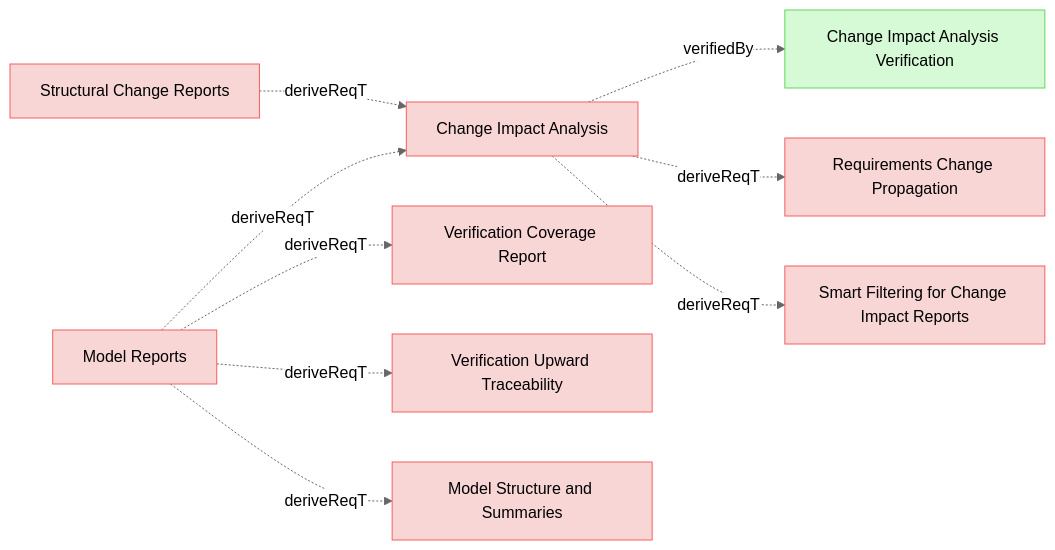
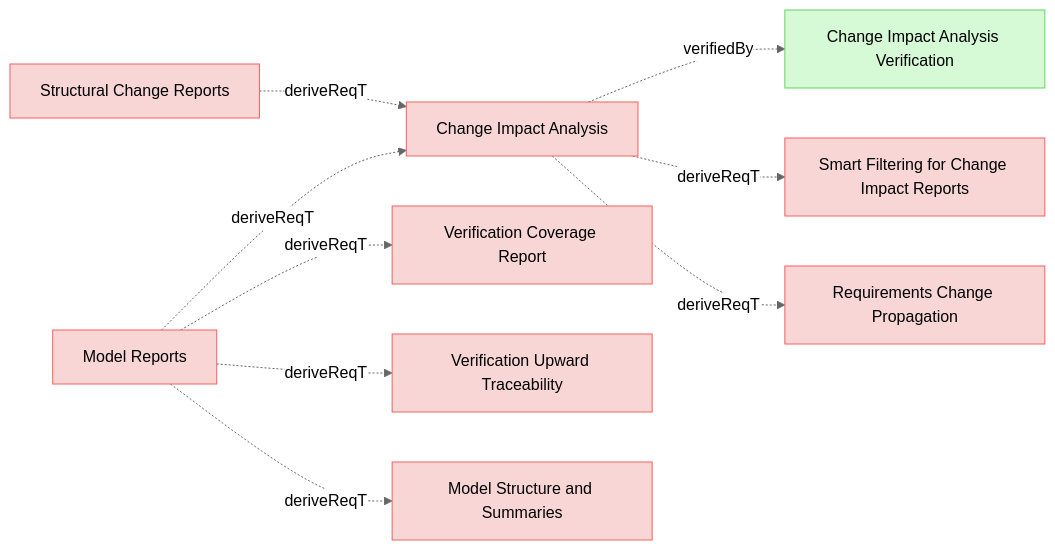
One commit to reqvire-org/reqvire changed the eighth of 9 diagrams in specifications/UserRequirements.md. Above: the diagram before and after it, drawn with Mermaid (neutral theme). The commit also changed other lines of this file and 20 other files, not shown here.

````diff
--- a/specifications/UserRequirements.md
+++ b/specifications/UserRequirements.md
@@ -1057,45 +1044,45 @@
 ```mermaid
 graph LR;
   %% REQVIRE-AUTOGENERATED-DIAGRAM
   %% Graph styling
   classDef requirement fill:#f9d6d6,stroke:#f55f5f,stroke-width:1px;
   classDef verification fill:#d6f9d6,stroke:#5fd75f,stroke-width:1px;
   classDef externalLink fill:#d0e0ff,stroke:#3080ff,stroke-width:1px;
   classDef default fill:#f5f5f5,stroke:#333333,stroke-width:1px;
 
   9933cac5853a8584["Change Impact Analysis"];
   class 9933cac5853a8584 requirement;
   click 9933cac5853a8584 "UserRequirements.md#change-impact-analysis";
   b72d56e7e360fe6c["Change Impact Analysis Verification"];
   class b72d56e7e360fe6c verification;
   click b72d56e7e360fe6c "Verifications/ChangeImpactTests.md#change-impact-analysis-verification";
   9933cac5853a8584 -.->|verifiedBy| b72d56e7e360fe6c;
+  ced028f36159c967["Smart Filtering for Change Impact Reports"];
+  class ced028f36159c967 requirement;
+  click ced028f36159c967 "SystemRequirements/ChangeImpactPropagation.md#smart-filtering-for-change-impact-reports";
+  9933cac5853a8584 -.->|deriveReqT| ced028f36159c967;
   2054606d7574a553["Requirements Change Propagation"];
   class 2054606d7574a553 requirement;
   click 2054606d7574a553 "SpecificationsRequirements.md#requirements-change-propagation";
   9933cac5853a8584 -.->|deriveReqT| 2054606d7574a553;
-  ced028f36159c967["Smart Filtering for Change Impact Reports"];
-  class ced028f36159c967 requirement;
-  click ced028f36159c967 "SystemRequirements/ChangeImpactPropagation.md#smart-filtering-for-change-impact-reports";
-  9933cac5853a8584 -.->|deriveReqT| ced028f36159c967;
-  1908501a80db5c46["Structural Change Reports"];
-  class 1908501a80db5c46 requirement;
-  click 1908501a80db5c46 "UserRequirements.md#structural-change-reports";
-  1908501a80db5c46 -.->|deriveReqT| 9933cac5853a8584;
   70701096d332c0b2["Model Reports"];
   class 70701096d332c0b2 requirement;
   click 70701096d332c0b2 "UserRequirements.md#model-reports";
   f7a606aa79ba438["Verification Coverage Report"];
   class f7a606aa79ba438 requirement;
   click f7a606aa79ba438 "UserRequirements.md#verification-coverage-report";
   70701096d332c0b2 -.->|deriveReqT| f7a606aa79ba438;
   70701096d332c0b2 -.->|deriveReqT| 9933cac5853a8584;
   7ceb6b9bed1a94e1["Verification Upward Traceability"];
   class 7ceb6b9bed1a94e1 requirement;
   click 7ceb6b9bed1a94e1 "UserRequirements.md#verification-upward-traceability";
   70701096d332c0b2 -.->|deriveReqT| 7ceb6b9bed1a94e1;
   ad6f7a2d41d80a38["Model Structure and Summaries"];
   class ad6f7a2d41d80a38 requirement;
   click ad6f7a2d41d80a38 "UserRequirements.md#model-structure-and-summaries";
   70701096d332c0b2 -.->|deriveReqT| ad6f7a2d41d80a38;
+  1908501a80db5c46["Structural Change Reports"];
+  class 1908501a80db5c46 requirement;
+  click 1908501a80db5c46 "UserRequirements.md#structural-change-reports";
+  1908501a80db5c46 -.->|deriveReqT| 9933cac5853a8584;
 ```
````
